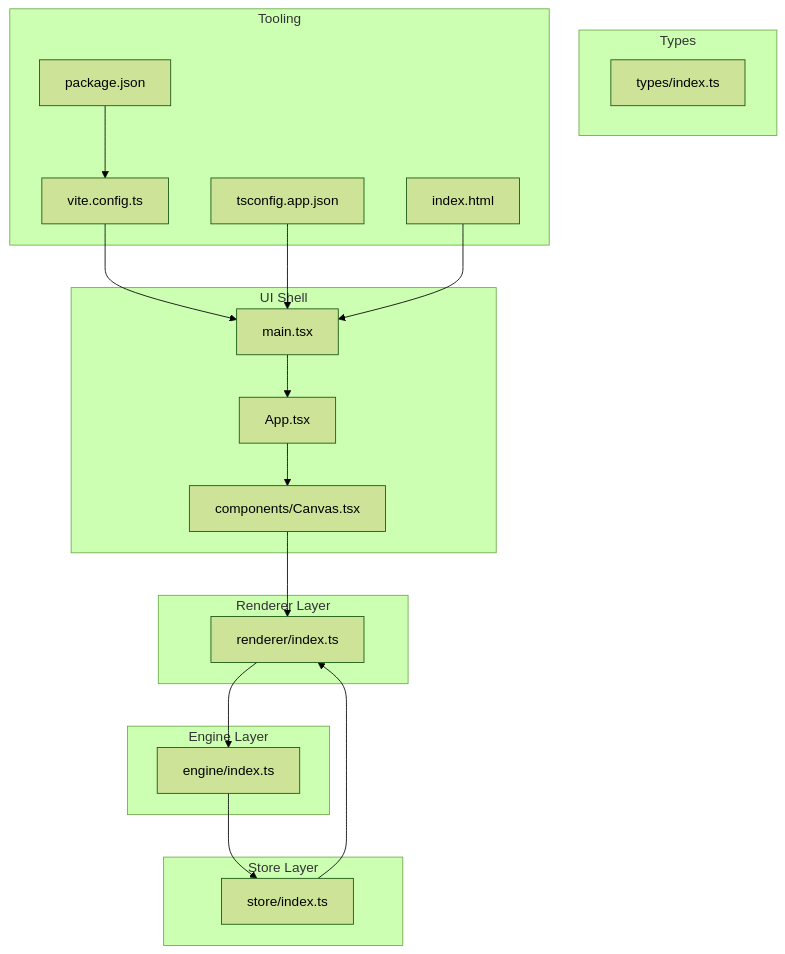
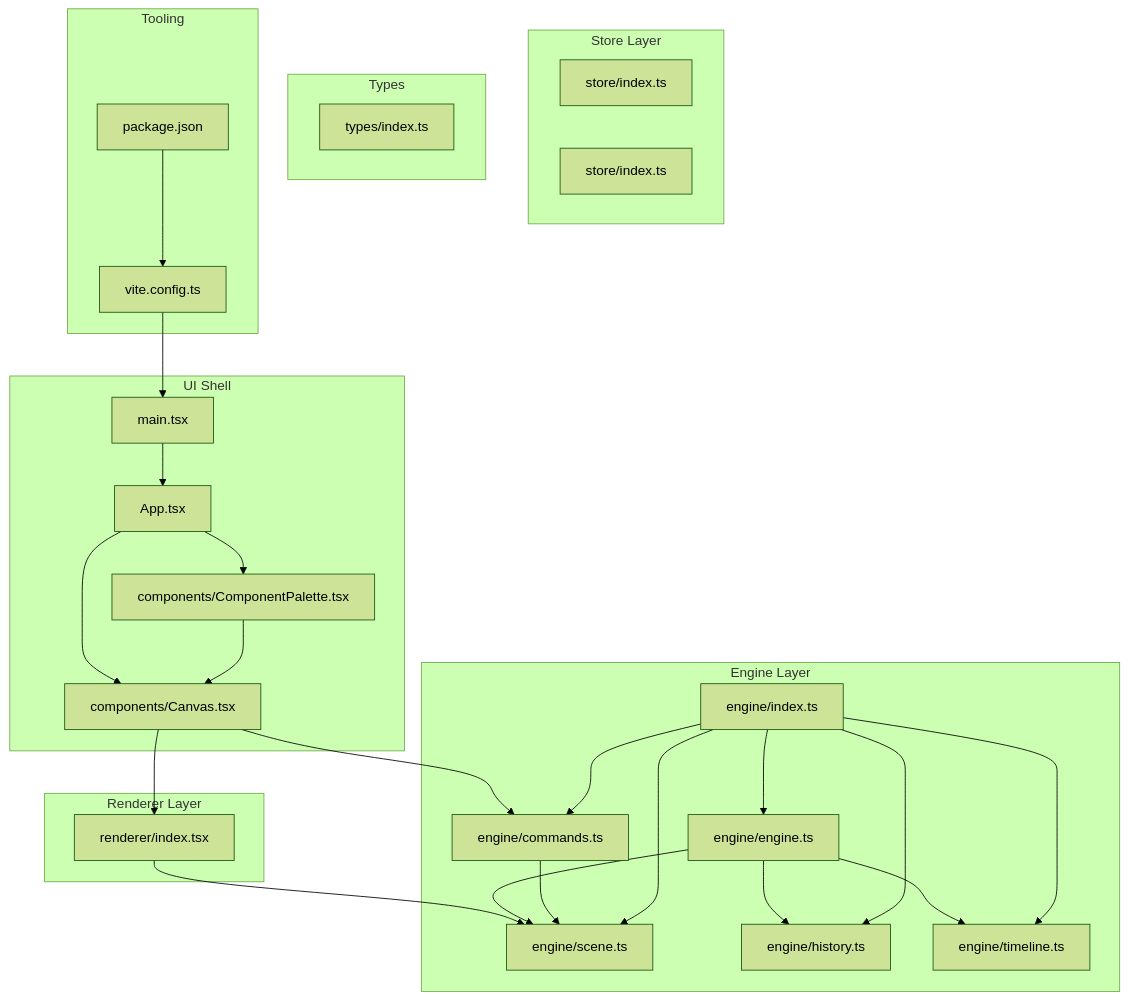
Before and after one commit to Anna0314zy/ai_editor_enginer: the first of 8 diagrams in .qoder/repowiki/en/content/Architecture Overview/Architecture Overview.md, drawn with Mermaid (forest theme). The commit also changed other lines of this file and 41 other files, not shown here.

````diff
--- a/.qoder/repowiki/en/content/Architecture Overview/Architecture Overview.md
+++ b/.qoder/repowiki/en/content/Architecture Overview/Architecture Overview.md
@@ -47,36 +58,49 @@
 ```mermaid
 graph TB
 subgraph "UI Shell"
 APP["App.tsx"]
 MAIN["main.tsx"]
 CANVAS["components/Canvas.tsx"]
+PALETTE["components/ComponentPalette.tsx"]
 end
 subgraph "Engine Layer"
-ENGINE["engine/index.ts"]
+ENGINE["engine/engine.ts"]
+SCENE["engine/scene.ts"]
+HISTORY["engine/history.ts"]
+TIMELINE["engine/timeline.ts"]
+COMMANDS["engine/commands.ts"]
+ENDX["engine/index.ts"]
 end
 subgraph "Renderer Layer"
-RENDERER["renderer/index.ts"]
+RENDERER["renderer/index.tsx"]
 end
 subgraph "Store Layer"
 STORE["store/index.ts"]
+ENDX2["store/index.ts"]
 end
 subgraph "Types"
 TYPES["types/index.ts"]
 end
 subgraph "Tooling"
 VITE["vite.config.ts"]
 PKG["package.json"]
-TSC_APP["tsconfig.app.json"]
-HTML["index.html"]
 end
 APP --> CANVAS
+APP --> PALETTE
 MAIN --> APP
 CANVAS --> RENDERER
-RENDERER --> ENGINE
-STORE --> RENDERER
-ENGINE --> STORE
+CANVAS --> COMMANDS
+PALETTE --> CANVAS
+RENDERER --> SCENE
+ENGINE --> SCENE
+ENGINE --> HISTORY
+ENGINE --> TIMELINE
+COMMANDS --> SCENE
+ENDX --> ENGINE
+ENDX --> SCENE
+ENDX --> HISTORY
+ENDX --> TIMELINE
+ENDX --> COMMANDS
 VITE --> MAIN
 PKG --> VITE
-TSC_APP --> MAIN
-HTML --> MAIN
 ```
````
